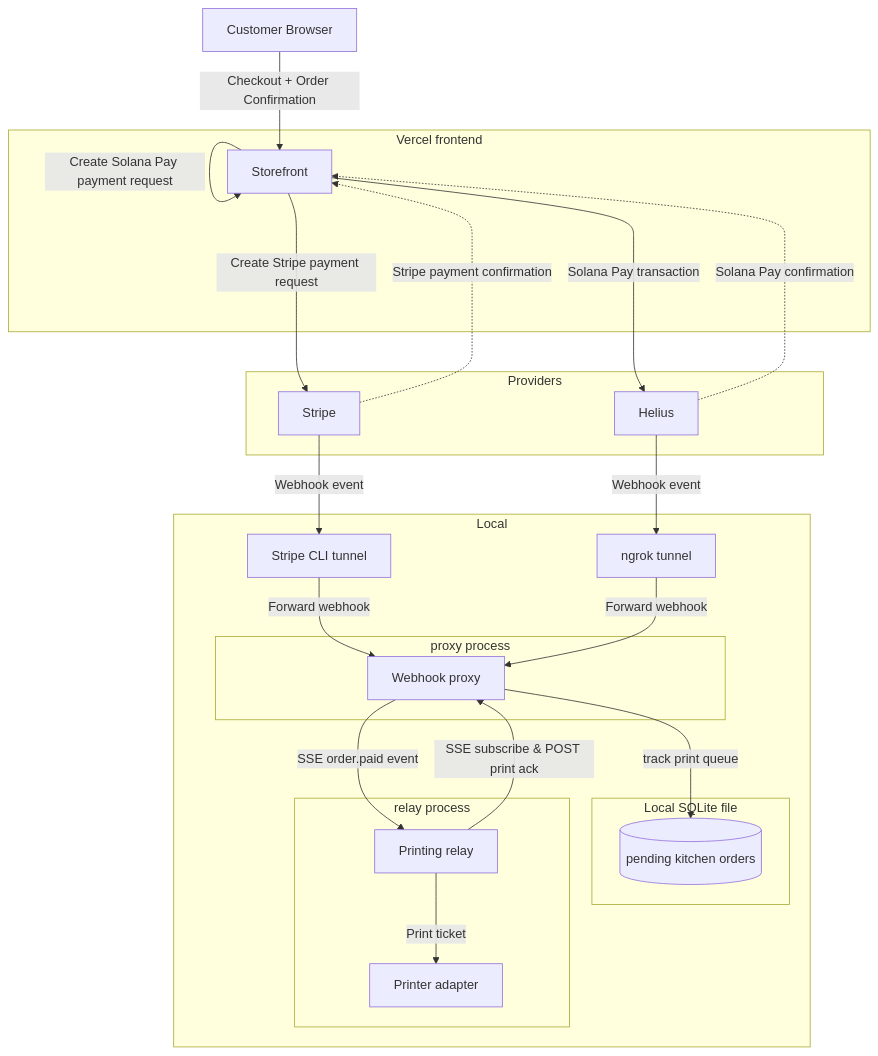
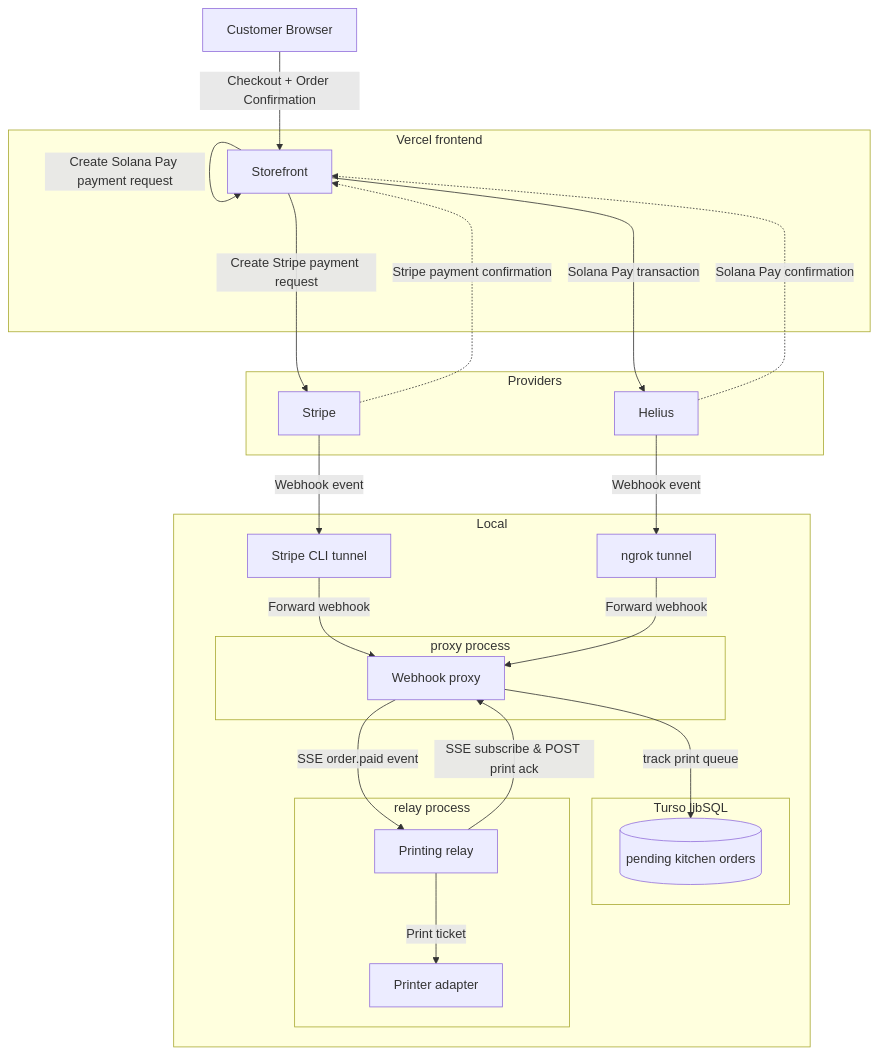
One commit to kilogold/RicoS changed the first of 2 diagrams in README.md. Above: the diagram before and after it, drawn with Mermaid. The commit also changed other lines of this file and 6 other files, not shown here.

````diff
--- a/README.md
+++ b/README.md
@@ -154,47 +155,47 @@
 ```mermaid
 flowchart TB
   U[Customer Browser]
 
   subgraph Vercel frontend
     W[Storefront]
   end
 
   subgraph Providers
     S[Stripe]
     H[Helius]
   end
 
   subgraph Local
     T1[Stripe CLI tunnel]
     T2[ngrok tunnel]     
     
     subgraph proxy process
     X[Webhook proxy]
     end
 
-    subgraph LSQL["Local SQLite file"]
+    subgraph LSQL["Turso libSQL"]
     DB[(pending kitchen orders)]
     end
 
     subgraph relay process
     K[Printing relay]
     P[Printer adapter]
     end
   end
 
   U -->|Checkout + Order Confirmation| W
   W ---->|Create Stripe payment request| S
   S -.->|Stripe payment confirmation| W 
   W -->|Create Solana Pay payment request|W 
   W ---->|Solana Pay transaction|H
   H -.->|Solana Pay confirmation|W
 
   S -->|Webhook event| T1
   H -->|Webhook event| T2
   T1 -->|Forward webhook| X
   T2 -->|Forward webhook| X
   X -->|track print queue| DB
   X -->|SSE order.paid event| K
   K -->|SSE subscribe & POST print ack| X
   K -->|Print ticket| P
 ```
````
